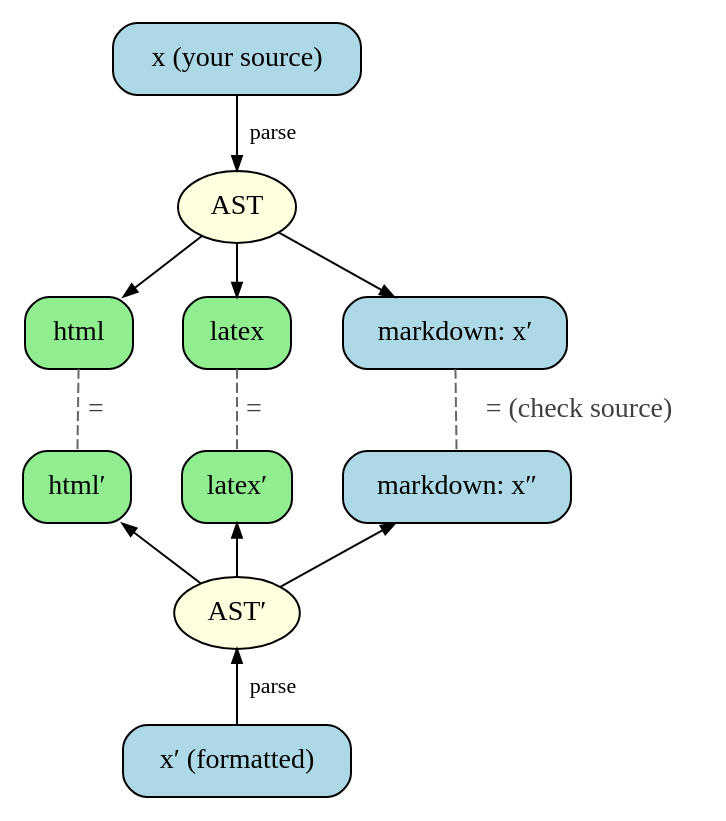
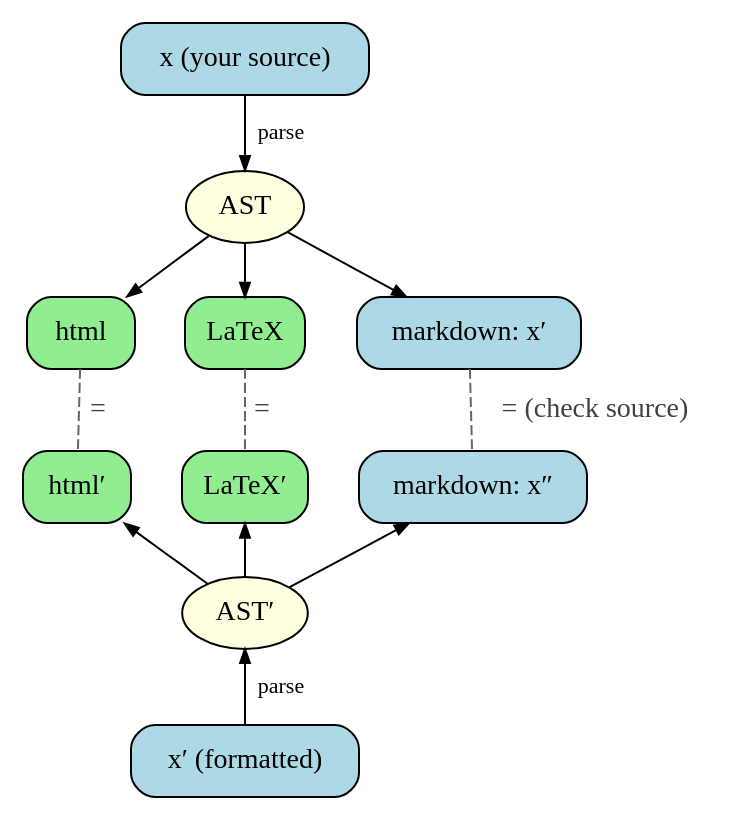
One commit to ickc/panblack changed the diagram in docs/media/dot/checks.dot. Above: the diagram before and after it, drawn with Graphviz. The commit also changed 8 other files, not shown here.

First line of the commit message:
Docs: measure on Quarto's documentation instead of a personal blog; LaTeX; fast path in the diagrams' notation

```diff
--- a/docs/media/dot/checks.dot
+++ b/docs/media/dot/checks.dot
@@ -1,32 +1,32 @@
 digraph checks {
     // Several targets at once. The original flows down from the top, the
     // formatted source up from the bottom, and each pair of renders meets in
     // the middle, where it must be equal.
     nodesep=0.35;
     ranksep=0.35;
     node [shape=box, style="rounded,filled", fillcolor=white];
     edge [fontsize=11, arrowsize=0.7];
 
     x [label="x (your source)", fillcolor=lightblue];
     a [label="AST", shape=ellipse, fillcolor=lightyellow];
     h [label="html", fillcolor=lightgreen];
-    l [label="latex", fillcolor=lightgreen];
+    l [label="LaTeX", fillcolor=lightgreen];
     s [label="markdown: x′", fillcolor=lightblue];
 
     hf [label="html′", fillcolor=lightgreen];
-    lf [label="latex′", fillcolor=lightgreen];
+    lf [label="LaTeX′", fillcolor=lightgreen];
     sf [label="markdown: x″", fillcolor=lightblue];
     af [label="AST′", shape=ellipse, fillcolor=lightyellow];
     xf [label="x′ (formatted)", fillcolor=lightblue];
 
     x -> a [label=" parse"];
     a -> h; a -> l; a -> s;
     // Drawn downwards, pointing up.
     hf -> af [dir=back]; lf -> af [dir=back]; sf -> af [dir=back];
     af -> xf [dir=back, label=" parse"];
 
     edge [dir=none, style=dashed, color=gray40, fontcolor=gray25, fontsize=14];
     h -> hf [label=" ="];
     l -> lf [label=" ="];
     s -> sf [label=" = (check source)"];
 }
```
